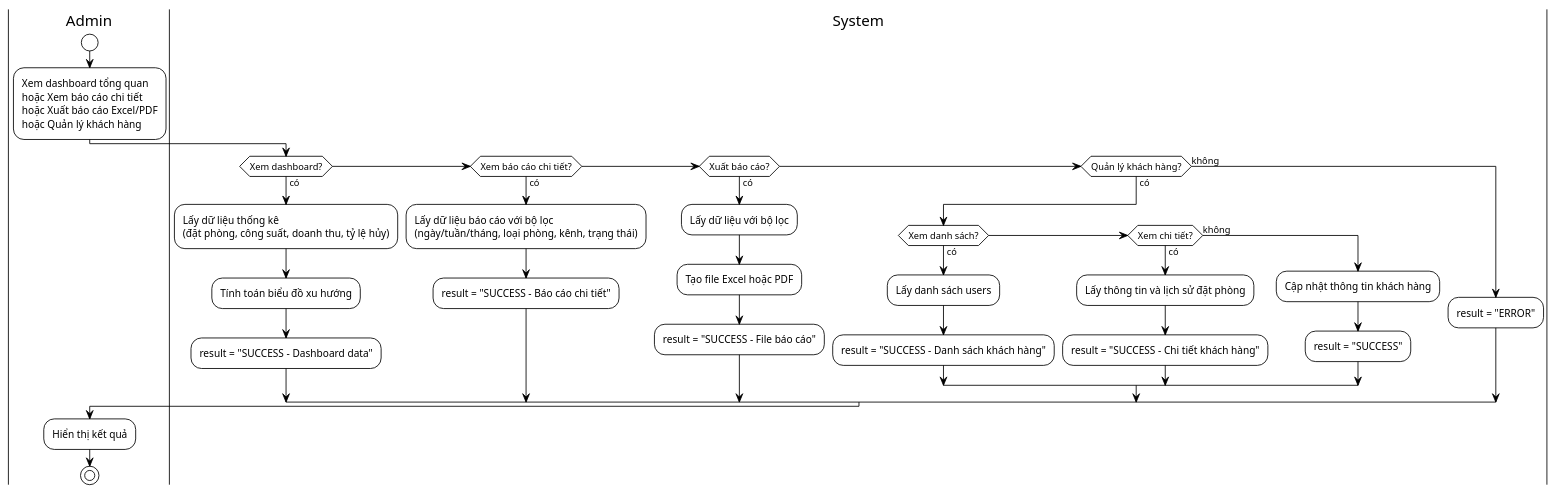
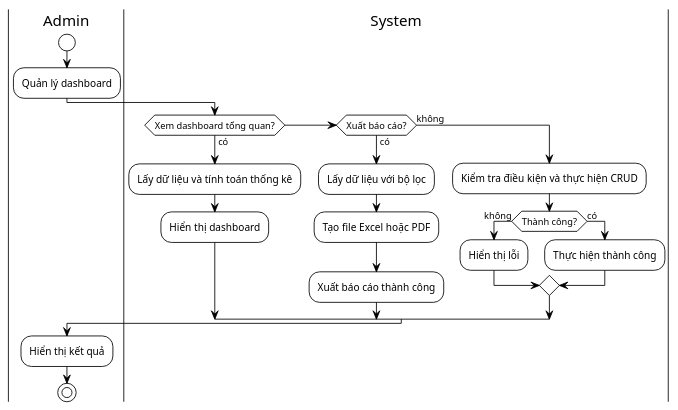
One commit to AnthanBiPhap/Khachsan changed the diagram in Phân tích hệ thống/Sơ đồ hoạt động/ACTIVITY_DIAGRAM_DASHBOARD_ADMIN.puml. Above: the diagram before and after it, drawn with PlantUML. The commit also changed 65 other files, not shown here.

```diff
--- a/Phân tích hệ thống/Sơ đồ hoạt động/ACTIVITY_DIAGRAM_DASHBOARD_ADMIN.puml
+++ b/Phân tích hệ thống/Sơ đồ hoạt động/ACTIVITY_DIAGRAM_DASHBOARD_ADMIN.puml
@@ -1,39 +1,29 @@
 @startuml Activity_Dashboard_Admin
 !theme plain
 
 |Admin|
 start
-:Xem dashboard tổng quan\nhoặc Xem báo cáo chi tiết\nhoặc Xuất báo cáo Excel/PDF\nhoặc Quản lý khách hàng;
+:Quản lý dashboard;
 
 |System|
-if (Xem dashboard?) then (có)
-    :Lấy dữ liệu thống kê\n(đặt phòng, công suất, doanh thu, tỷ lệ hủy);
-    :Tính toán biểu đồ xu hướng;
-    :result = "SUCCESS - Dashboard data";
-elseif (Xem báo cáo chi tiết?) then (có)
-    :Lấy dữ liệu báo cáo với bộ lọc\n(ngày/tuần/tháng, loại phòng, kênh, trạng thái);
-    :result = "SUCCESS - Báo cáo chi tiết";
+if (Xem dashboard tổng quan?) then (có)
+    :Lấy dữ liệu và tính toán thống kê;
+    :Hiển thị dashboard;
 elseif (Xuất báo cáo?) then (có)
     :Lấy dữ liệu với bộ lọc;
     :Tạo file Excel hoặc PDF;
-    :result = "SUCCESS - File báo cáo";
-elseif (Quản lý khách hàng?) then (có)
-    if (Xem danh sách?) then (có)
-        :Lấy danh sách users;
-        :result = "SUCCESS - Danh sách khách hàng";
-    elseif (Xem chi tiết?) then (có)
-        :Lấy thông tin và lịch sử đặt phòng;
-        :result = "SUCCESS - Chi tiết khách hàng";
-    else (không)
-        :Cập nhật thông tin khách hàng;
-        :result = "SUCCESS";
+    :Xuất báo cáo thành công;
+else (không)
+    :Kiểm tra điều kiện và thực hiện CRUD;
+    if (Thành công?) then (không)
+        :Hiển thị lỗi;
+    else (có)
+        :Thực hiện thành công;
     endif
-else (không)
-    :result = "ERROR";
 endif
 
 |Admin|
 :Hiển thị kết quả;
 stop
 
 @enduml
```
